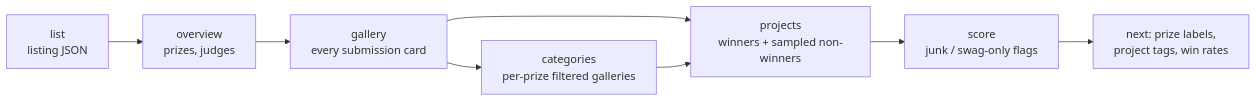
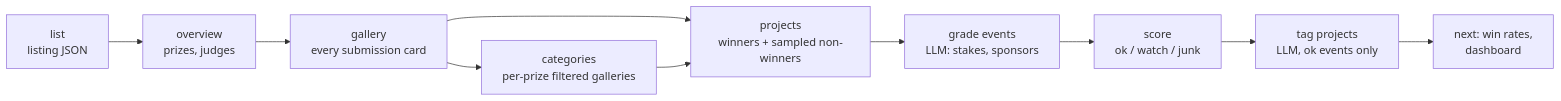
The diagram in README.md (m-azzam-azis/hackathon-index), drawn with Mermaid before and after one commit. The commit also changed other lines of this file and 6 other files, not shown here.

First line of the commit message:
Project tagging: fixed-list tags, three scores and a summary per project, blind to who won

````diff
--- a/README.md
+++ b/README.md
@@ -57,10 +58,12 @@
 ```mermaid
 flowchart LR
     L[list<br/>listing JSON] --> O[overview<br/>prizes, judges]
     O --> G[gallery<br/>every submission card]
     G --> C[categories<br/>per-prize filtered galleries]
     G --> P[projects<br/>winners + sampled non-winners]
     C --> P
-    P --> S[score<br/>junk / swag-only flags]
-    S --> N[next: prize labels,<br/>project tags, win rates]
+    P --> E[grade events<br/>LLM: stakes, sponsors]
+    E --> S[score<br/>ok / watch / junk]
+    S --> T[tag projects<br/>LLM, ok events only]
+    T --> N[next: win rates,<br/>dashboard]
 ```
````
